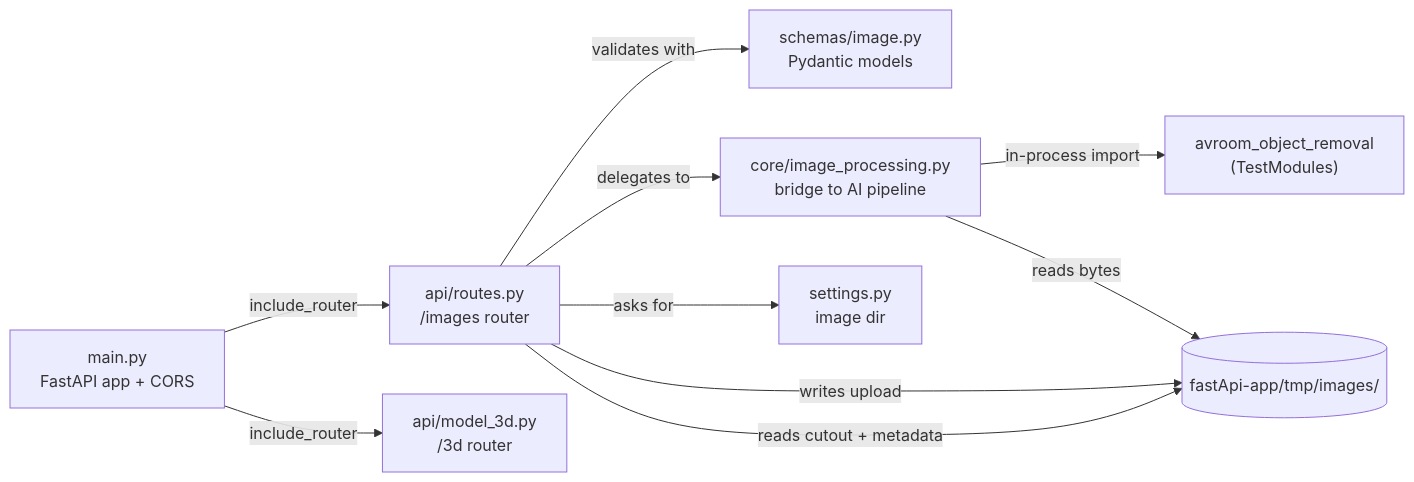
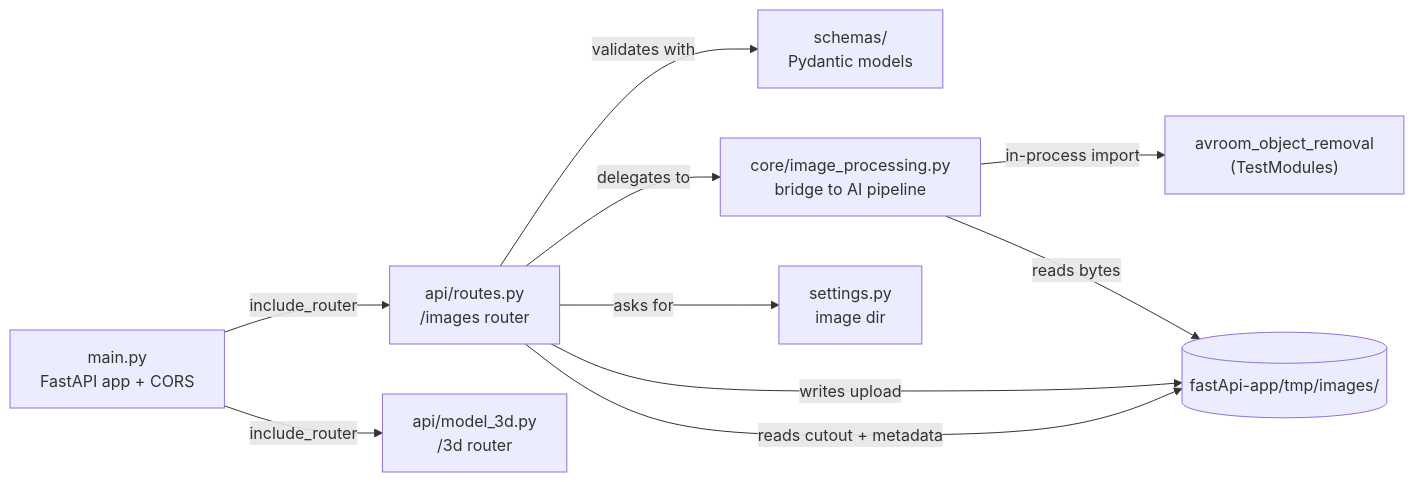
Before and after one commit to 1mache/avroom: the diagram in docs/backend/README.md, drawn with Mermaid. The commit also changed 42 other files, not shown here.

````diff
--- a/docs/backend/README.md
+++ b/docs/backend/README.md
@@ -17,21 +17,21 @@
 ```mermaid
 flowchart LR
     main["main.py<br/>FastAPI app + CORS"]
     routes["api/routes.py<br/>/images router"]
     model3d["api/model_3d.py<br/>/3d router"]
     core["core/image_processing.py<br/>bridge to AI pipeline"]
-    schemas["schemas/image.py<br/>Pydantic models"]
+    schemas["schemas/<br/>Pydantic models"]
     settings["settings.py<br/>image dir"]
     pipeline["avroom_object_removal<br/>(TestModules)"]
     disk[("fastApi-app/tmp/images/")]
 
     main -->|include_router| routes
     main -->|include_router| model3d
     routes -->|validates with| schemas
     routes -->|delegates to| core
     routes -->|asks for| settings
     core -->|"in-process import"| pipeline
     routes -->|writes upload| disk
     core -->|reads bytes| disk
     routes -->|reads cutout + metadata| disk
 ```
````
